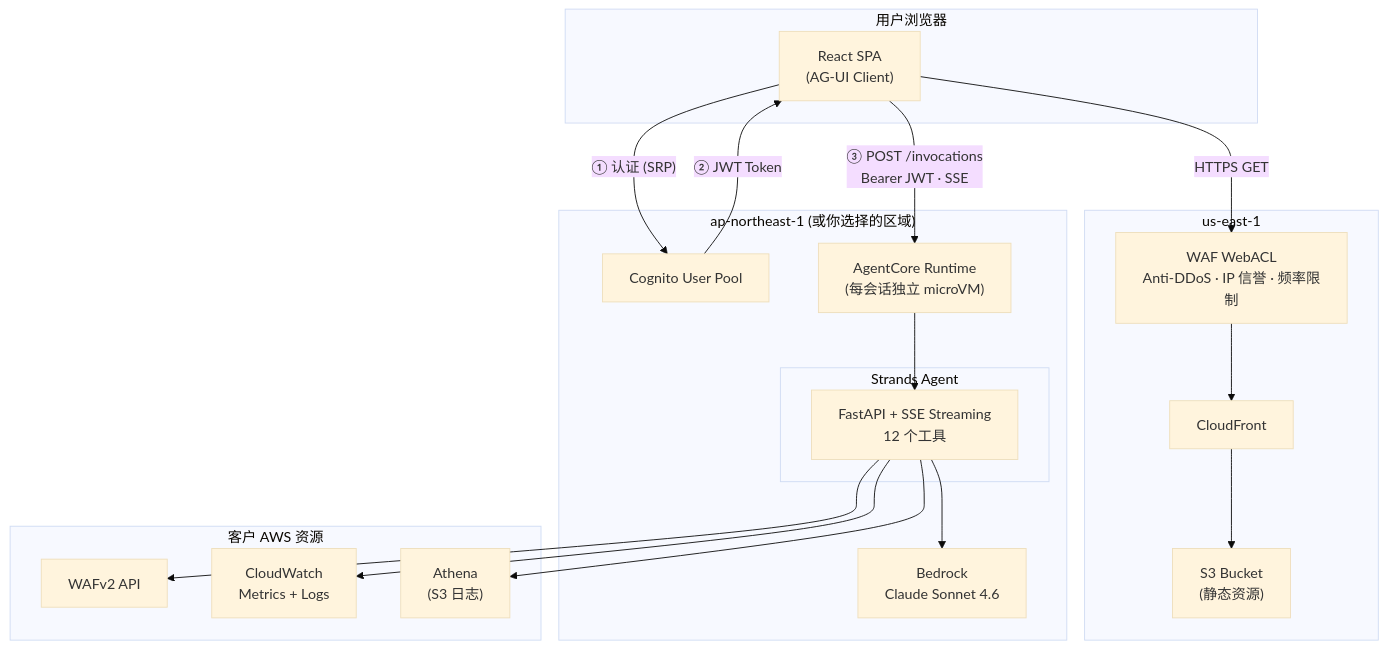
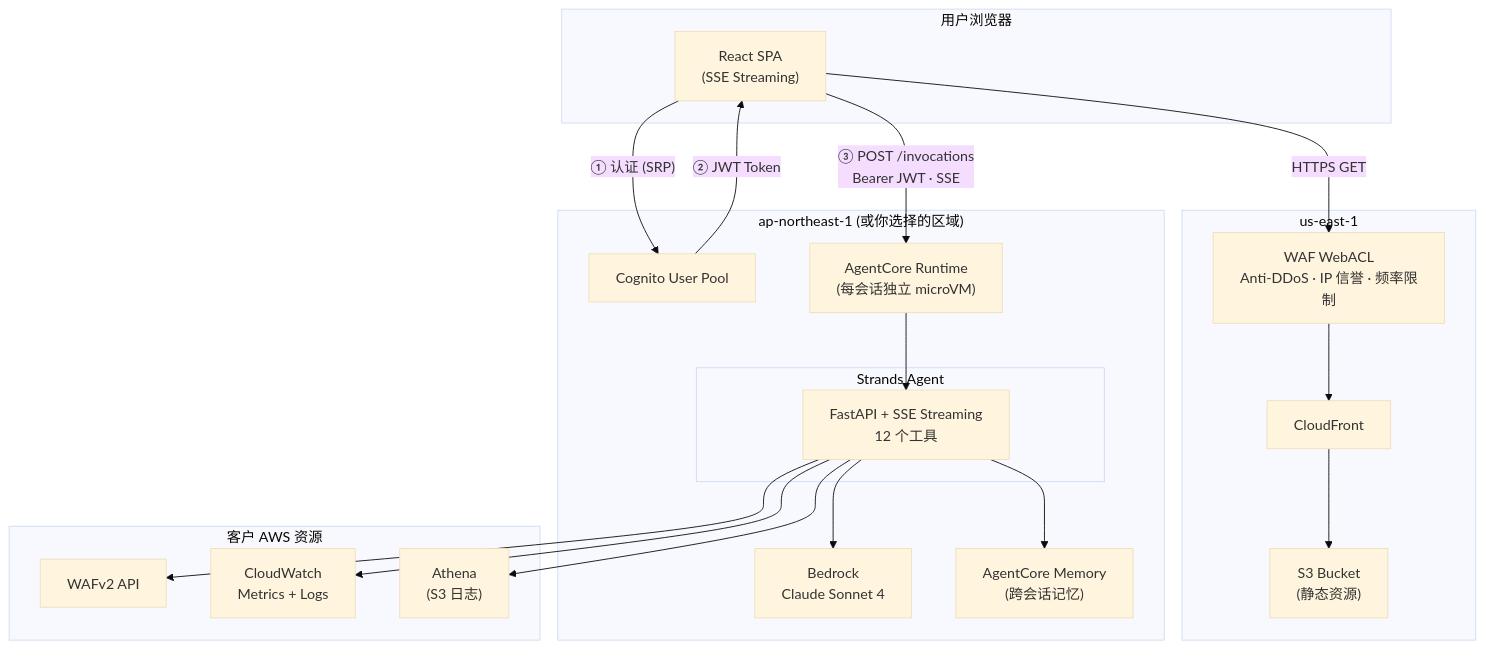
Before and after one commit to aws-samples/sample-building-a-conversational-ai-agent-for-aws-waf-analysis-with-agentcore: the diagram in README_zh.md, drawn with Mermaid (base theme). The commit also changed 4 other files, not shown here.

Commit message:
Docs: add AgentCore Memory to architecture diagrams + cost estimation

````diff
--- a/README_zh.md
+++ b/README_zh.md
@@ -52,38 +52,40 @@
 ```mermaid
 graph TB
     subgraph User["用户浏览器"]
-        SPA["React SPA<br/>(AG-UI Client)"]
+        SPA["React SPA<br/>(SSE Streaming)"]
     end
 
     subgraph CF["us-east-1"]
         CloudFront["CloudFront"]
         WAF_FE["WAF WebACL<br/>Anti-DDoS · IP 信誉 · 频率限制"]
         S3["S3 Bucket<br/>(静态资源)"]
     end
 
     subgraph Backend["ap-northeast-1 (或你选择的区域)"]
         Cognito["Cognito User Pool"]
         AC["AgentCore Runtime<br/>(每会话独立 microVM)"]
         subgraph Agent["Strands Agent"]
             FastAPI["FastAPI + SSE Streaming<br/>12 个工具"]
         end
-        Bedrock["Bedrock<br/>Claude Sonnet 4.6"]
+        Bedrock["Bedrock<br/>Claude Sonnet 4"]
+        Memory["AgentCore Memory<br/>(跨会话记忆)"]
     end
 
     subgraph AWS["客户 AWS 资源"]
         WAFv2["WAFv2 API"]
         CW["CloudWatch<br/>Metrics + Logs"]
         Athena["Athena<br/>(S3 日志)"]
     end
 
     SPA -->|"HTTPS GET"| WAF_FE
     WAF_FE --> CloudFront --> S3
     SPA -->|"① 认证 (SRP)"| Cognito
     Cognito -->|"② JWT Token"| SPA
     SPA -->|"③ POST /invocations<br/>Bearer JWT · SSE"| AC
     AC --> FastAPI
     FastAPI --> Bedrock
+    FastAPI --> Memory
     FastAPI --> WAFv2
     FastAPI --> CW
     FastAPI --> Athena
 ```
````
